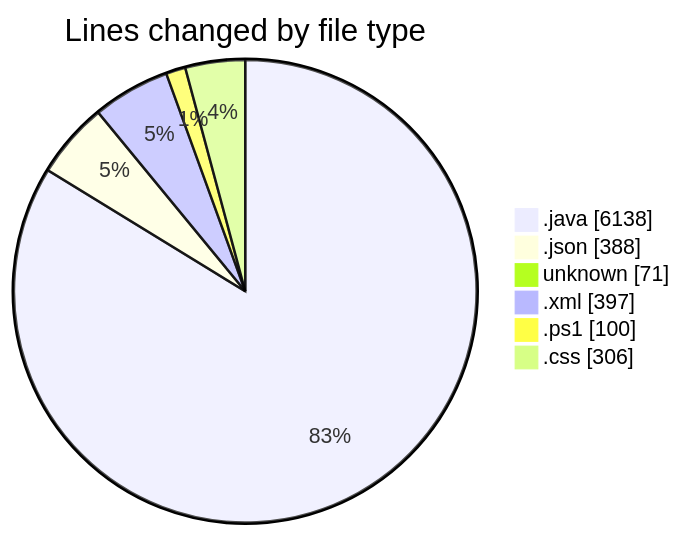
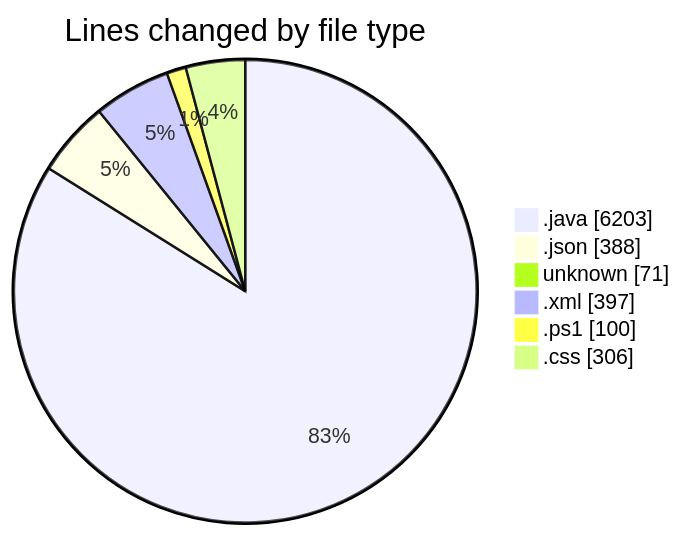
The first of 2 diagrams in 2025-02-25/micros/README.md (charlie-sans/code-tracking), drawn with Mermaid before and after one commit. The commit also changed other lines of this file and 1 other file, not shown here.

````diff
--- a/2025-02-25/micros/README.md
+++ b/2025-02-25/micros/README.md
@@ -52,10 +53,10 @@
 ```mermaid
 pie showData
 title Lines changed by file type
-".java" : 6138
+".java" : 6203
 ".json" : 388
 "unknown" : 71
 ".xml" : 397
 ".ps1" : 100
 ".css" : 306
 ```
````
